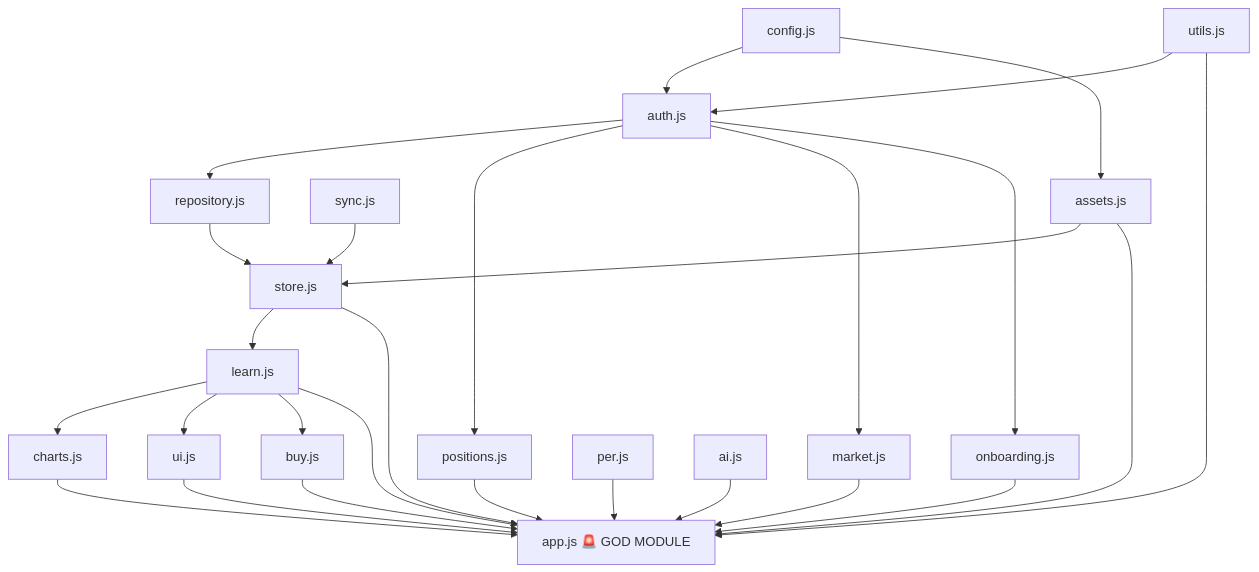
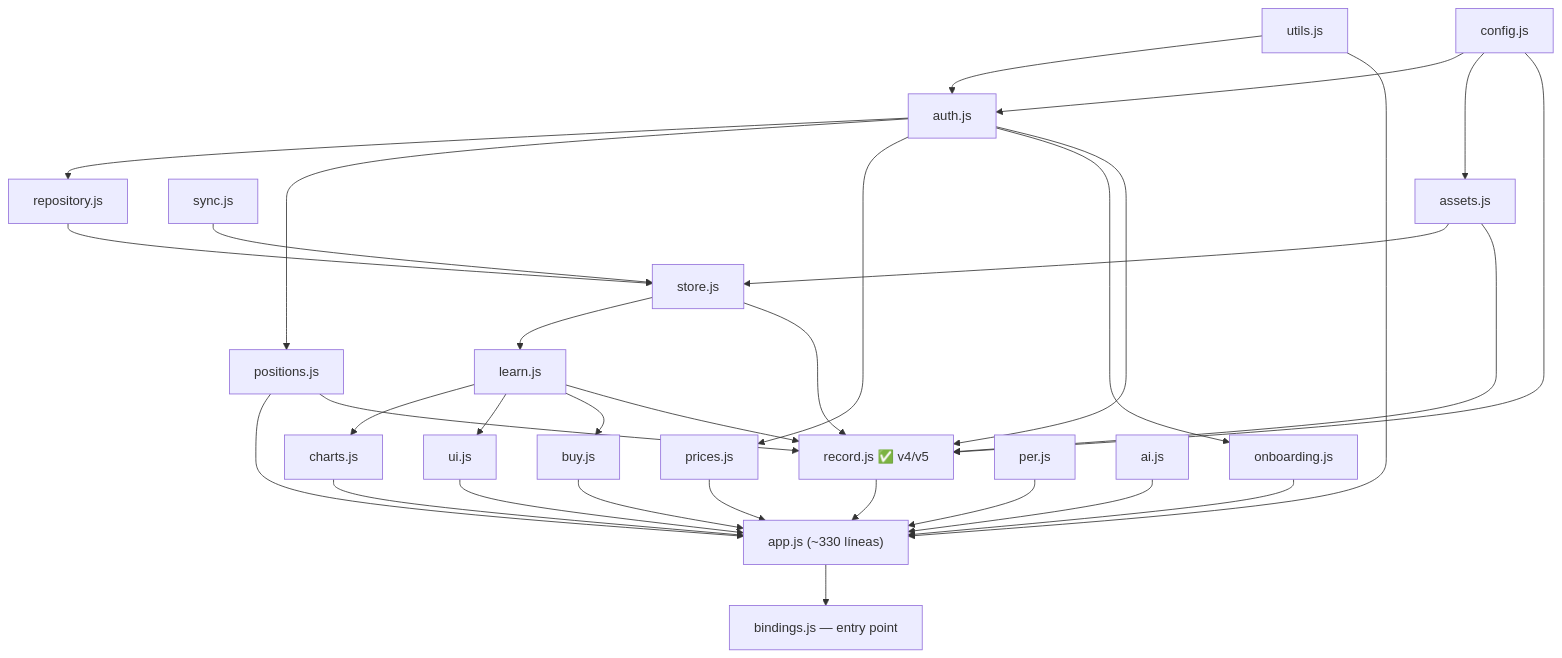
The diagram in docs/architecture.md (Stu8990/pruebas), drawn with Mermaid before and after one commit. The commit also changed other lines of this file and 7 other files, not shown here.

````diff
--- a/docs/architecture.md
+++ b/docs/architecture.md
@@ -57,30 +60,35 @@
 ```mermaid
 flowchart TD
     config["config.js"] --> auth
     config --> assets
+    config --> record
     utils["utils.js"] --> auth
     utils --> app
     sync["sync.js"] --> store
     auth["auth.js"] --> repository
     auth --> positions
-    auth --> market
+    auth --> prices
     auth --> onboarding
+    auth --> record
     repository["repository.js"] --> store
     assets["assets.js"] --> store
-    assets --> app
+    assets --> record
     positions["positions.js"] --> app
+    positions --> record
     store["store.js"] --> learn
-    store --> app
+    store --> record
     learn["learn.js"] --> charts
     learn --> ui
     learn --> buy
-    learn --> app
+    learn --> record
     charts["charts.js"] --> app
     ui["ui.js"] --> app
     per["per.js"] --> app
     ai["ai.js"] --> app
     buy["buy.js"] --> app
-    market["market.js"] --> app
+    prices["prices.js"] --> app
     onboarding["onboarding.js"] --> app
-    app["app.js 🚨 GOD MODULE"]
+    record["record.js ✅ v4/v5"] --> app
+    app["app.js (~330 líneas)"] --> bindings
+    bindings["bindings.js — entry point"]
 ```
````
